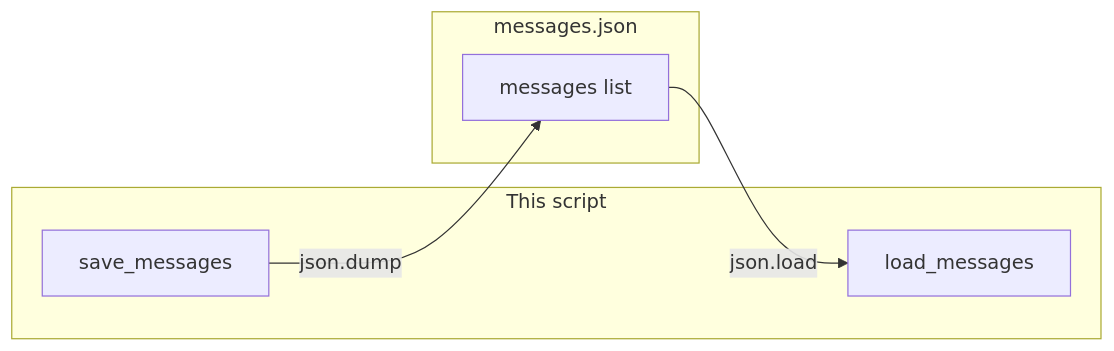
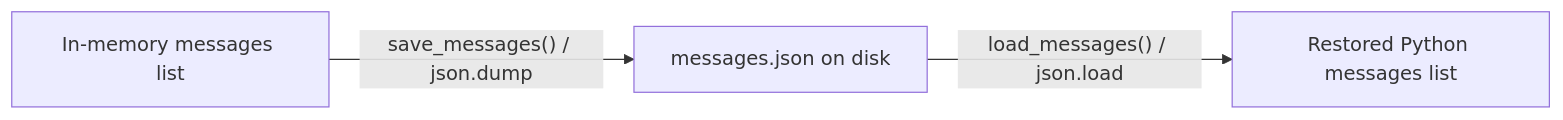
The diagram in education/07_the_state/lab1_save_json.md (jacobbweber/AgenticAI-Labs), drawn with Mermaid before and after one commit. The commit also changed other lines of this file and 123 other files, not shown here.

````diff
--- a/education/07_the_state/lab1_save_json.md
+++ b/education/07_the_state/lab1_save_json.md
@@ -14,12 +16,5 @@
 ```mermaid
 flowchart LR
-    subgraph lab1_json_script [This script]
-        SAVE["save_messages"]
-        LOAD["load_messages"]
-    end
-    subgraph lab1_json_file [messages.json]
-        FILE["messages list"]
-    end
-    SAVE -->|"json.dump"| FILE
-    FILE -->|"json.load"| LOAD
+    A["In-memory messages list"] -->|"save_messages() / json.dump"| B["messages.json on disk"]
+    B -->|"load_messages() / json.load"| C["Restored Python messages list"]
 ```
````
